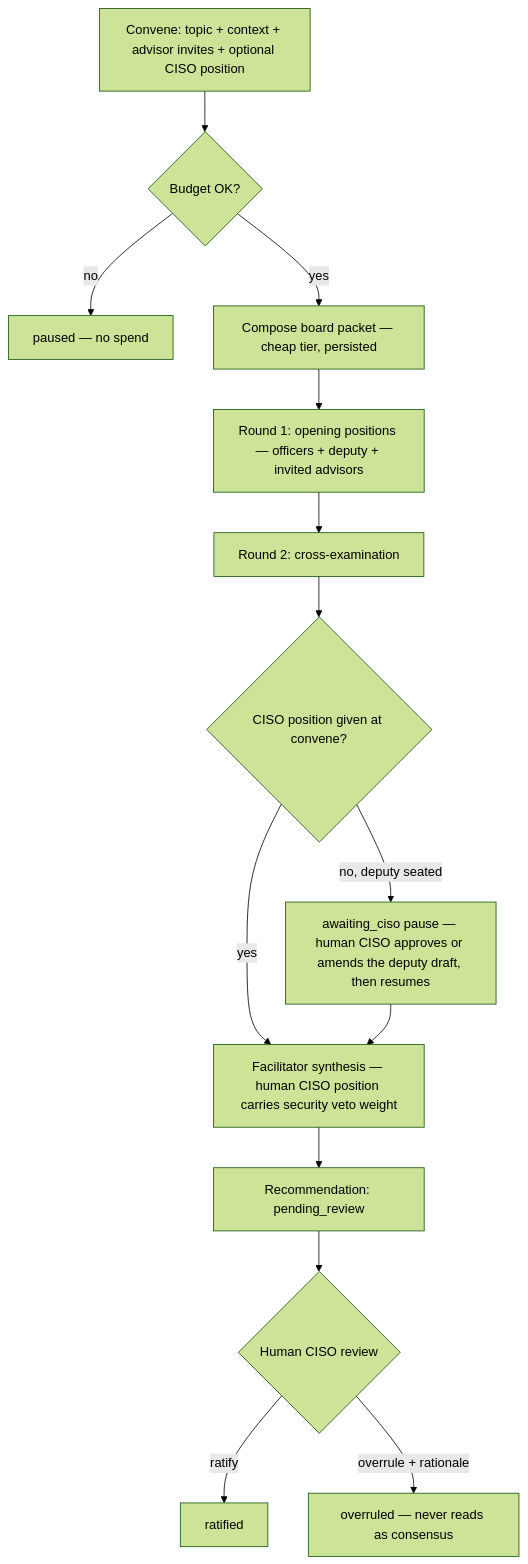
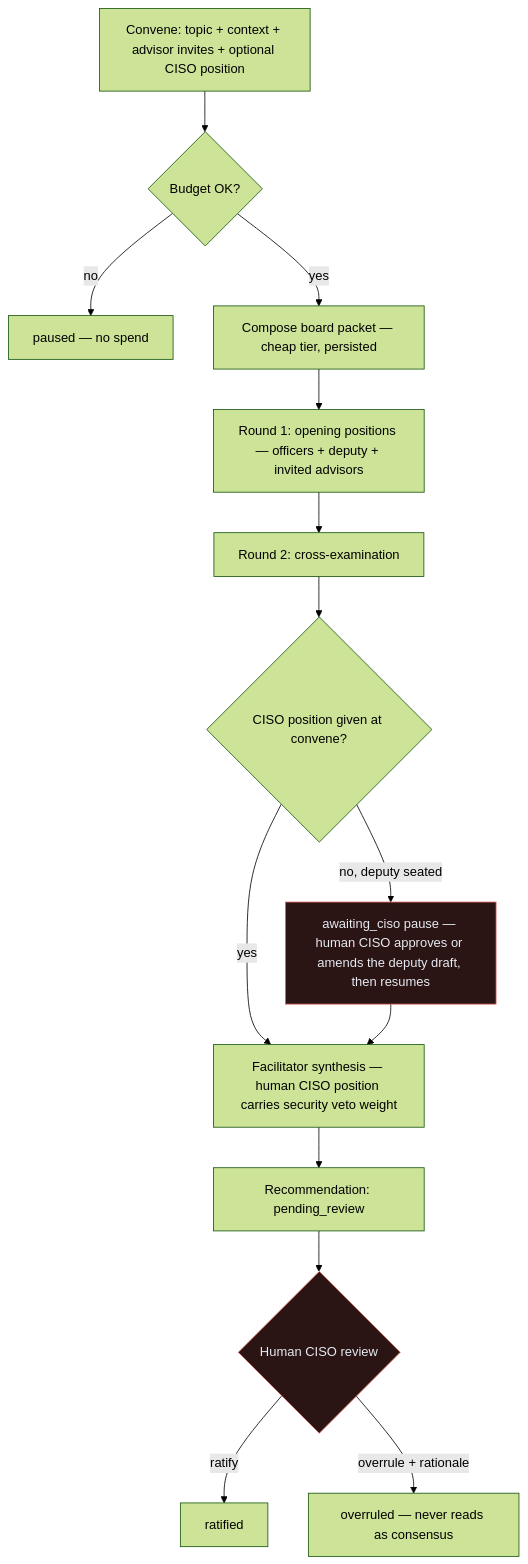
The diagram in docs/agents/board-of-directors.md (markdconnelly/ImperionCRM), drawn with Mermaid (forest theme) before and after one commit. The commit also changed other lines of this file and 13 other files, not shown here.

````diff
--- a/docs/agents/board-of-directors.md
+++ b/docs/agents/board-of-directors.md
@@ -76,16 +115,18 @@
 ```mermaid
 flowchart TD
     A[Convene: topic + context + advisor invites + optional CISO position] --> B{Budget OK?}
     B -- no --> P[paused — no spend]
     B -- yes --> C[Compose board packet — cheap tier, persisted]
     C --> D[Round 1: opening positions — officers + deputy + invited advisors]
     D --> E[Round 2: cross-examination]
     E --> V{CISO position given at convene?}
     V -- no, deputy seated --> W[awaiting_ciso pause — human CISO approves or amends the deputy draft, then resumes]
     V -- yes --> F
     W --> F[Facilitator synthesis — human CISO position carries security veto weight]
     F --> G[Recommendation: pending_review]
     G --> H{Human CISO review}
     H -- ratify --> I[ratified]
     H -- overrule + rationale --> J[overruled — never reads as consensus]
+    classDef gate fill:#2a1414,stroke:#E2615A,color:#E6EAF2
+    class W,H gate
 ```
````
